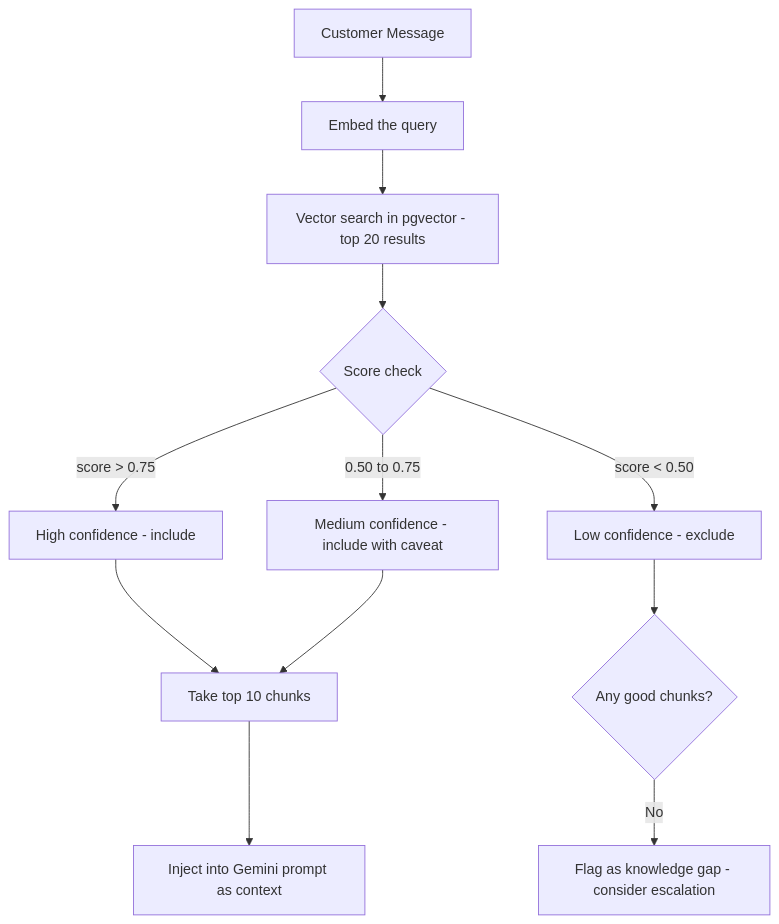
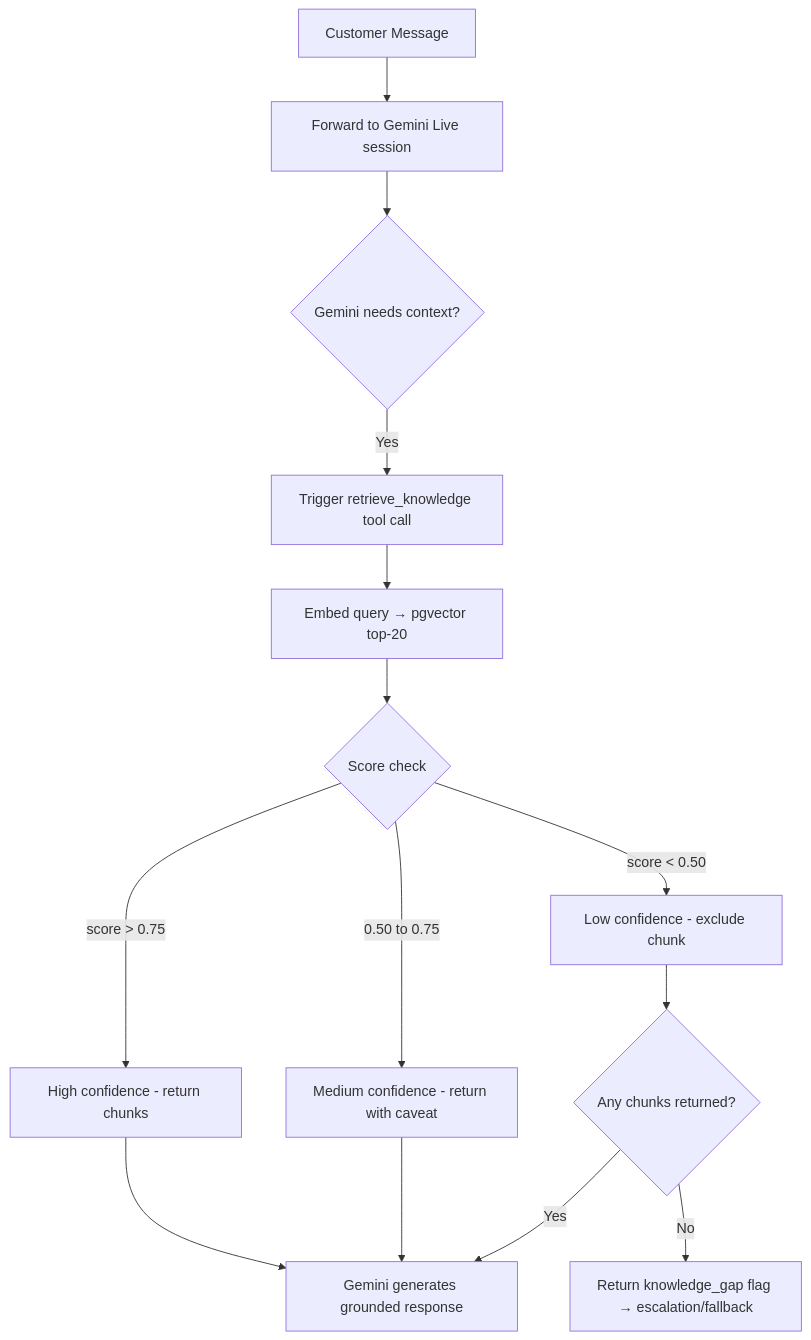
The fourth of 10 diagrams in docs/trd.md (deemwar-products/live-api), drawn with Mermaid before and after one commit. The commit also changed other lines of this file, not shown here.

````diff
--- a/docs/trd.md
+++ b/docs/trd.md
@@ -385,14 +395,16 @@
 ```mermaid
 graph TD
-    A[Customer Message] --> B[Embed the query]
-    B --> C[Vector search in pgvector - top 20 results]
-    C --> D{Score check}
-    D -->|score > 0.75| E[High confidence - include]
-    D -->|0.50 to 0.75| F[Medium confidence - include with caveat]
-    D -->|score < 0.50| G[Low confidence - exclude]
-    E --> H[Take top 10 chunks]
-    F --> H
-    H --> I[Inject into Gemini prompt as context]
-    G --> J{Any good chunks?}
-    J -->|No| K[Flag as knowledge gap - consider escalation]
+    A[Customer Message] --> B[Forward to Gemini Live session]
+    B --> C{Gemini needs context?}
+    C -->|Yes| D[Trigger retrieve_knowledge tool call]
+    D --> E[Embed query → pgvector top-20]
+    E --> F{Score check}
+    F -->|score > 0.75| G[High confidence - return chunks]
+    F -->|0.50 to 0.75| H[Medium confidence - return with caveat]
+    F -->|score < 0.50| I[Low confidence - exclude chunk]
+    G --> J[Gemini generates grounded response]
+    H --> J
+    I --> K{Any chunks returned?}
+    K -->|No| L[Return knowledge_gap flag → escalation/fallback]
+    K -->|Yes| J
 ```
````
